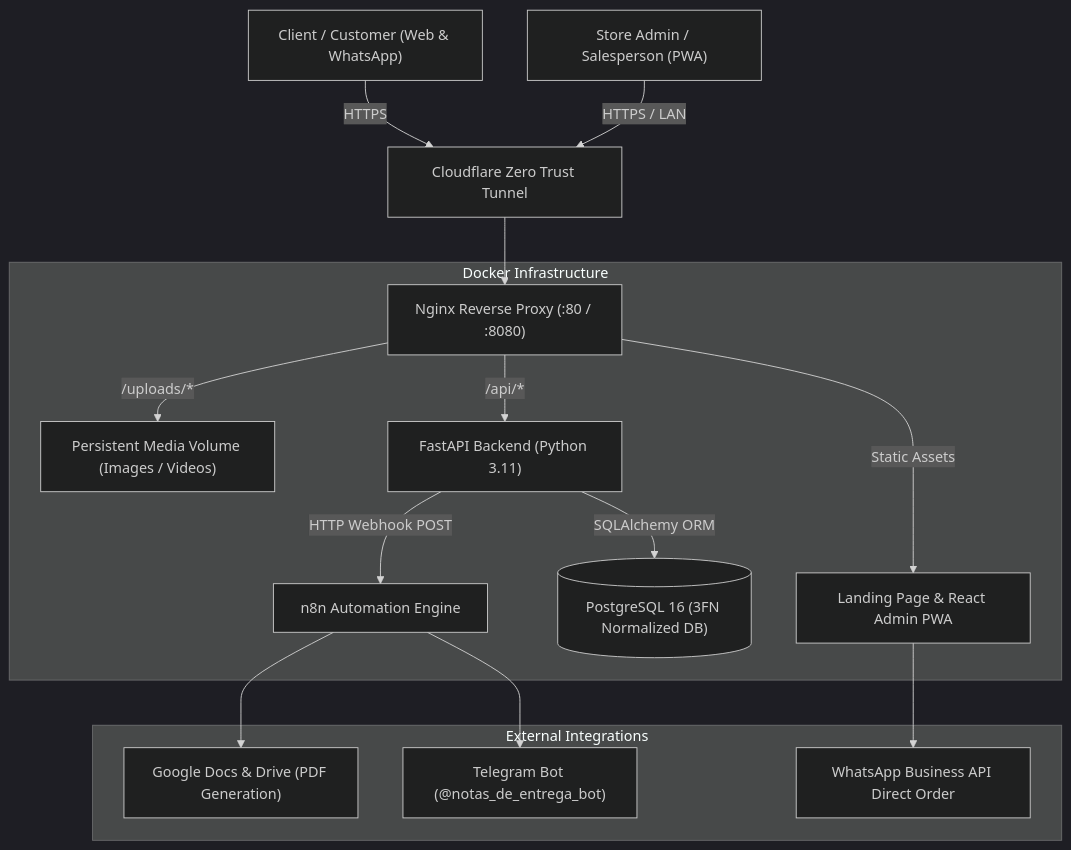
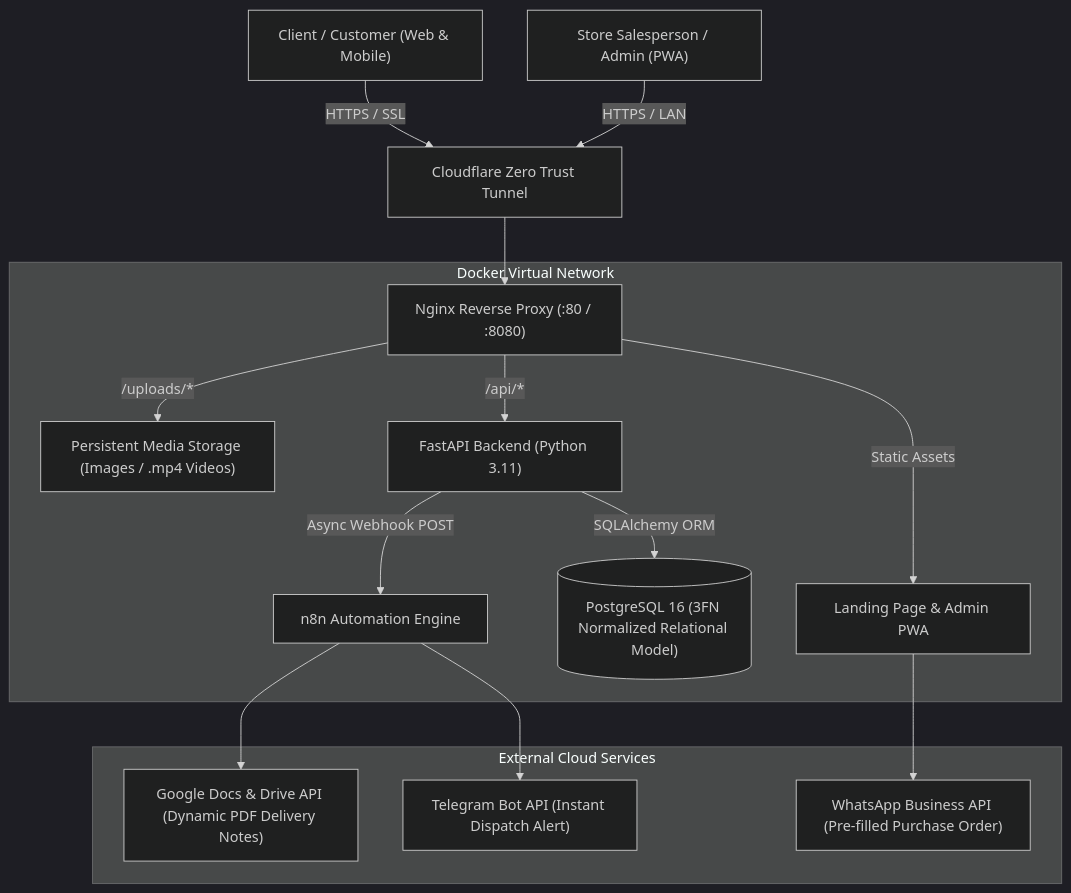
One commit to Miguel-Tafuro/zendroxtech-system changed the diagram in README.md. Above: the diagram before and after it, drawn with Mermaid (dark theme). The commit also changed other lines of this file, not shown here.

Commit message:
docs: update README with Miguel Tafuro profile, system architecture and portfolio license

````diff
--- a/README.md
+++ b/README.md
@@ -29,22 +25,22 @@
 ```mermaid
 flowchart TD
-    Client["Client / Customer (Web & WhatsApp)"] -->|HTTPS| Cloudflare["Cloudflare Zero Trust Tunnel"]
-    Admin["Store Admin / Salesperson (PWA)"] -->|HTTPS / LAN| Cloudflare
+    Client["Client / Customer (Web & Mobile)"] -->|HTTPS / SSL| Cloudflare["Cloudflare Zero Trust Tunnel"]
+    Admin["Store Salesperson / Admin (PWA)"] -->|HTTPS / LAN| Cloudflare
     
     Cloudflare --> Nginx["Nginx Reverse Proxy (:80 / :8080)"]
     
-    subgraph Docker Infrastructure
-        Nginx -->|Static Assets| Landing["Landing Page & React Admin PWA"]
-        Nginx -->|/uploads/*| MediaVolume["Persistent Media Volume (Images / Videos)"]
-        Nginx -->|/api/*| FastAPI["FastAPI Backend (Python 3.11)"]
+    subgraph Docker Virtual Network
+        Nginx -->|Static Assets| Web["Landing Page & Admin PWA"]
+        Nginx -->|/uploads/*| MediaVolume["Persistent Media Storage (Images / .mp4 Videos)"]
+        Nginx -->|/api/*| API["FastAPI Backend (Python 3.11)"]
         
-        FastAPI -->|SQLAlchemy ORM| Postgres[("PostgreSQL 16 (3FN Normalized DB)")]
-        FastAPI -->|HTTP Webhook POST| n8n["n8n Automation Engine"]
+        API -->|SQLAlchemy ORM| DB[("PostgreSQL 16 (3FN Normalized Relational Model)")]
+        API -->|Async Webhook POST| n8n["n8n Automation Engine"]
     end
     
-    subgraph External Integrations
-        n8n --> GDocs["Google Docs & Drive (PDF Generation)"]
-        n8n --> Telegram["Telegram Bot (@notas_de_entrega_bot)"]
-        Landing --> WhatsApp["WhatsApp Business API Direct Order"]
+    subgraph External Cloud Services
+        n8n --> GDocs["Google Docs & Drive API (Dynamic PDF Delivery Notes)"]
+        n8n --> Telegram["Telegram Bot API (Instant Dispatch Alert)"]
+        Web --> WhatsApp["WhatsApp Business API (Pre-filled Purchase Order)"]
     end
 ```
````
